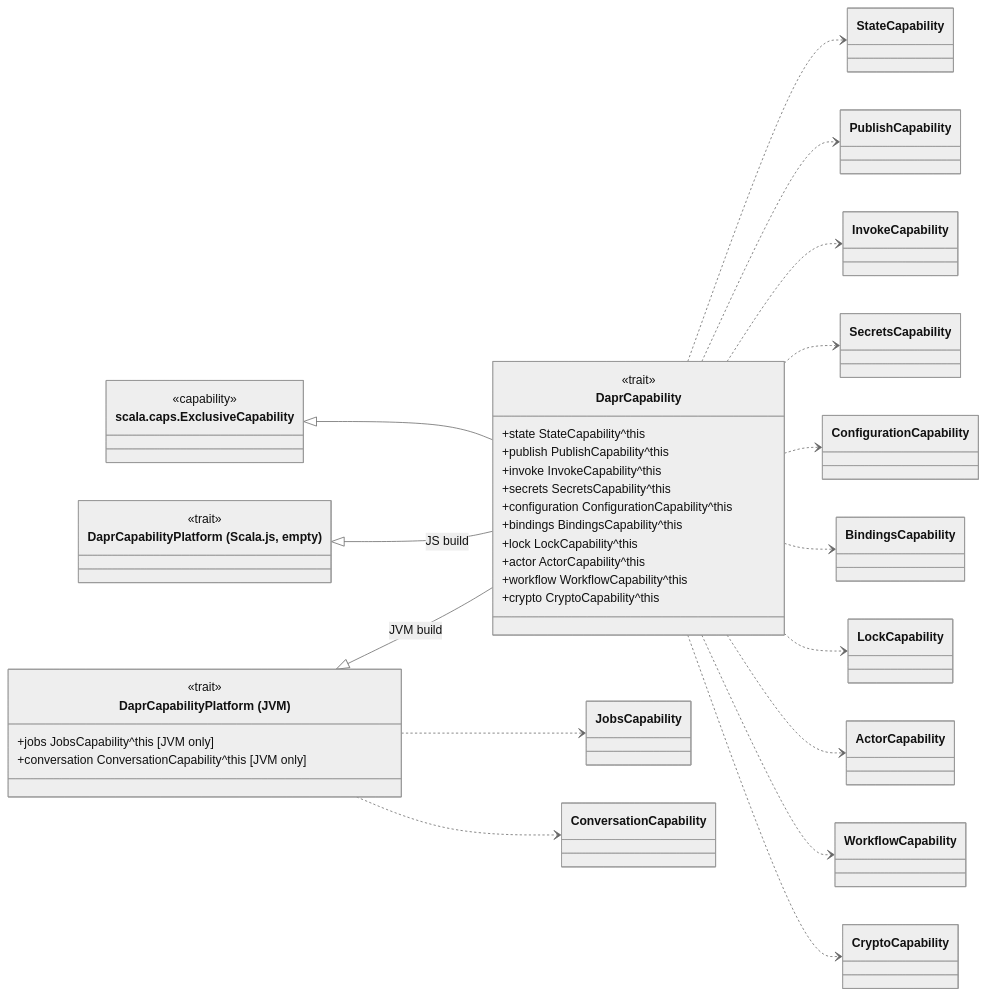
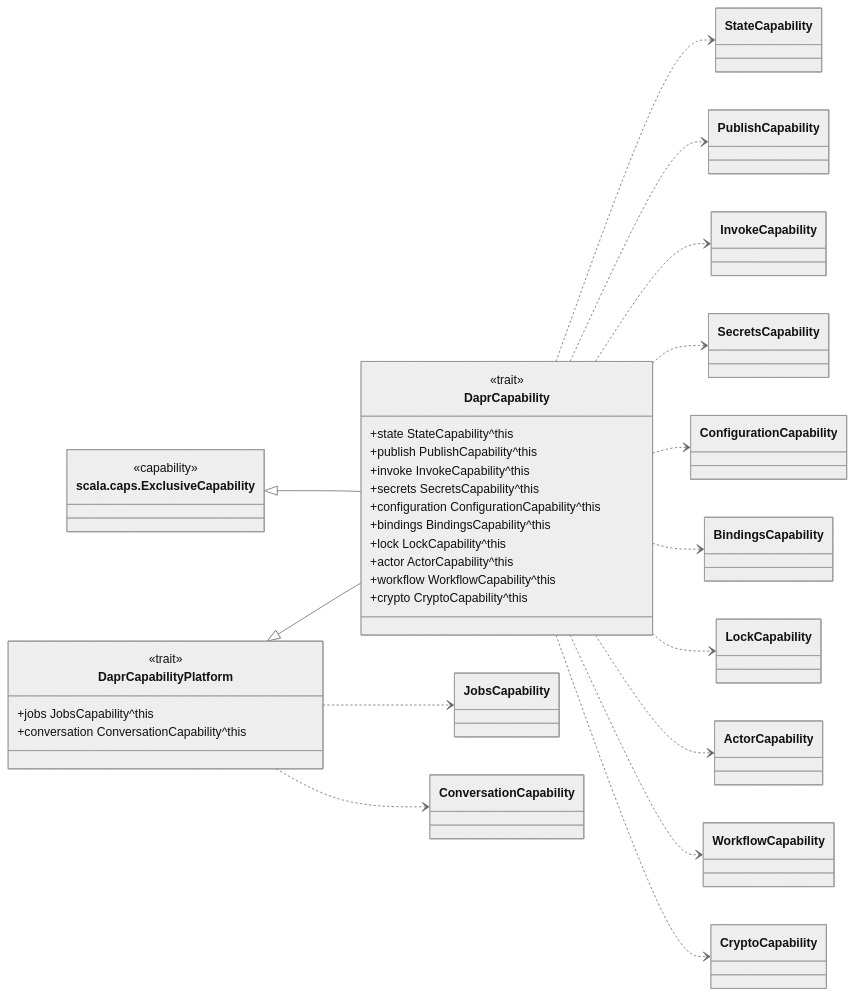
Before and after one commit to sideeffffect/dapr4s: the first of 15 diagrams in docs/CAPABILITY-HIERARCHY.md, drawn with Mermaid (neutral theme). The commit also changed other lines of this file and 1 other file, not shown here.

Commit message:
docs(hierarchy): show the JVM build only (drop the Scala.js platform variant)

````diff
--- a/docs/CAPABILITY-HIERARCHY.md
+++ b/docs/CAPABILITY-HIERARCHY.md
@@ -27,42 +26,39 @@
 ```mermaid
 classDiagram
     direction LR
     class ExclusiveCapability["scala.caps.ExclusiveCapability"]
     <<capability>> ExclusiveCapability
     class DaprCapability {
         <<trait>>
         +state StateCapability^this
         +publish PublishCapability^this
         +invoke InvokeCapability^this
         +secrets SecretsCapability^this
         +configuration ConfigurationCapability^this
         +bindings BindingsCapability^this
         +lock LockCapability^this
         +actor ActorCapability^this
         +workflow WorkflowCapability^this
         +crypto CryptoCapability^this
     }
-    class DaprCapabilityPlatform_JVM["DaprCapabilityPlatform (JVM)"]
-    <<trait>> DaprCapabilityPlatform_JVM
-    DaprCapabilityPlatform_JVM : +jobs JobsCapability^this  [JVM only]
-    DaprCapabilityPlatform_JVM : +conversation ConversationCapability^this  [JVM only]
-    class DaprCapabilityPlatform_JS["DaprCapabilityPlatform (Scala.js, empty)"]
-    <<trait>> DaprCapabilityPlatform_JS
+    class DaprCapabilityPlatform
+    <<trait>> DaprCapabilityPlatform
+    DaprCapabilityPlatform : +jobs JobsCapability^this
+    DaprCapabilityPlatform : +conversation ConversationCapability^this
 
     ExclusiveCapability <|-- DaprCapability
-    DaprCapabilityPlatform_JVM <|-- DaprCapability : JVM build
-    DaprCapabilityPlatform_JS <|-- DaprCapability : JS build
+    DaprCapabilityPlatform <|-- DaprCapability
 
     DaprCapability ..> StateCapability
     DaprCapability ..> PublishCapability
     DaprCapability ..> InvokeCapability
     DaprCapability ..> SecretsCapability
     DaprCapability ..> ConfigurationCapability
     DaprCapability ..> BindingsCapability
     DaprCapability ..> LockCapability
     DaprCapability ..> ActorCapability
     DaprCapability ..> WorkflowCapability
     DaprCapability ..> CryptoCapability
-    DaprCapabilityPlatform_JVM ..> JobsCapability
-    DaprCapabilityPlatform_JVM ..> ConversationCapability
+    DaprCapabilityPlatform ..> JobsCapability
+    DaprCapabilityPlatform ..> ConversationCapability
 ```
````
